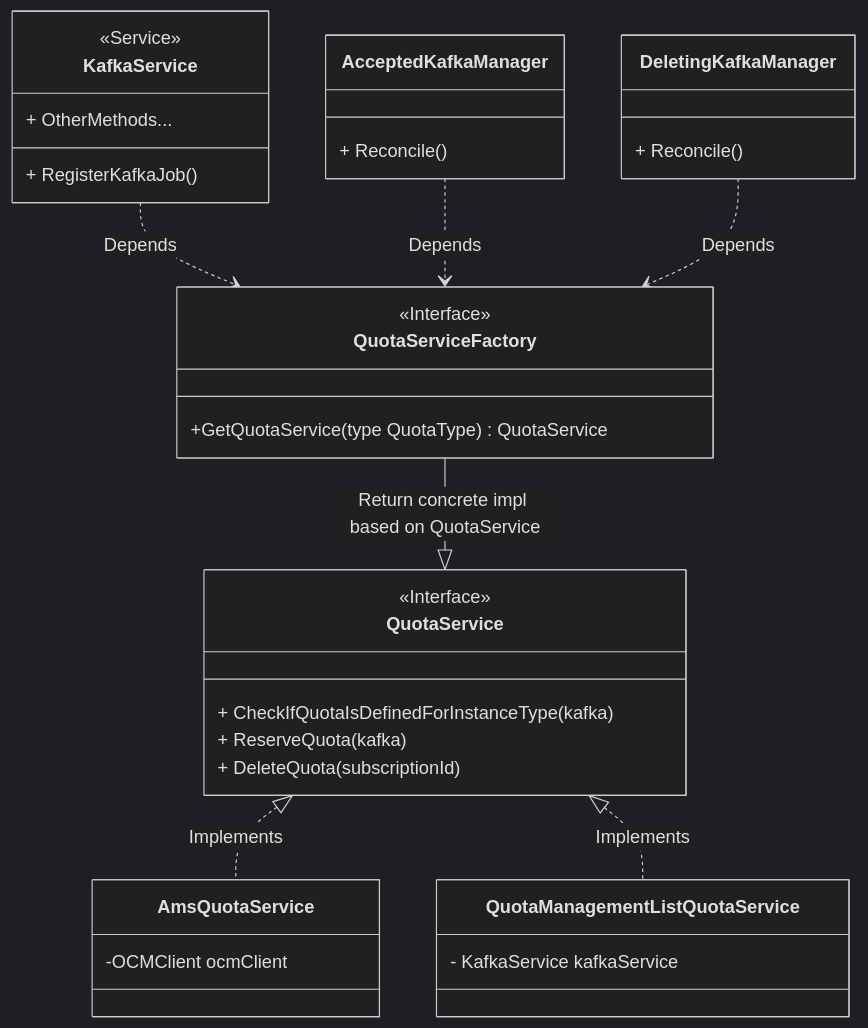
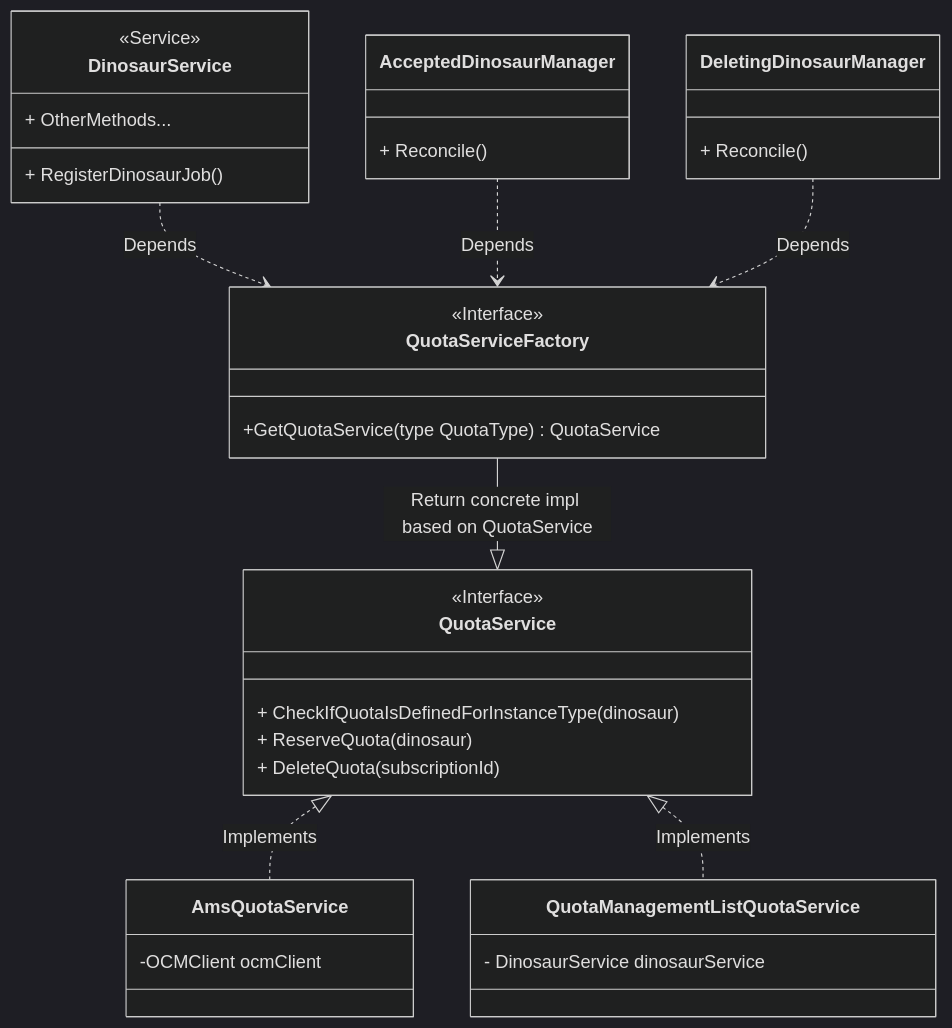
Before and after one commit to bf2fc6cc711aee1a0c2a/kas-fleet-manager: the diagram in docs/mermaid-diagrams-source/quoata-service.mmd, drawn with Mermaid (dark theme). The commit also changed 638 other files, not shown here.

```diff
--- a/docs/mermaid-diagrams-source/quoata-service.mmd
+++ b/docs/mermaid-diagrams-source/quoata-service.mmd
@@ -1,40 +1,40 @@
 classDiagram
   class QuotaService {
       <<Interface>>
-      + CheckIfQuotaIsDefinedForInstanceType(kafka)
-      + ReserveQuota(kafka)
+      + CheckIfQuotaIsDefinedForInstanceType(dinosaur)
+      + ReserveQuota(dinosaur)
       + DeleteQuota(subscriptionId)
   }
 
   class QuotaServiceFactory {
       <<Interface>>
       +GetQuotaService(type QuotaType) QuotaService
   }
 
   class AmsQuotaService {
       -OCMClient ocmClient
   }
   class QuotaManagementListQuotaService {
-      - KafkaService kafkaService
+      - DinosaurService dinosaurService
   }
 
-  class KafkaService {
+  class DinosaurService {
       <<Service>>
-      + RegisterKafkaJob()
+      + RegisterDinosaurJob()
       + OtherMethods...
   }
 
-  class AcceptedKafkaManager {
+  class AcceptedDinosaurManager {
       + Reconcile()
   }
 
-  class DeletingKafkaManager {
+  class DeletingDinosaurManager {
       + Reconcile()
   }
 
   QuotaService <|.. AmsQuotaService: Implements
   QuotaService <|.. QuotaManagementListQuotaService: Implements
-  KafkaService ..> QuotaServiceFactory: Depends
+  DinosaurService ..> QuotaServiceFactory: Depends
   QuotaServiceFactory --|> QuotaService: Return concrete impl based on QuotaService
-  AcceptedKafkaManager ..> QuotaServiceFactory: Depends
-  DeletingKafkaManager ..> QuotaServiceFactory: Depends
+  AcceptedDinosaurManager ..> QuotaServiceFactory: Depends
+  DeletingDinosaurManager ..> QuotaServiceFactory: Depends
```
